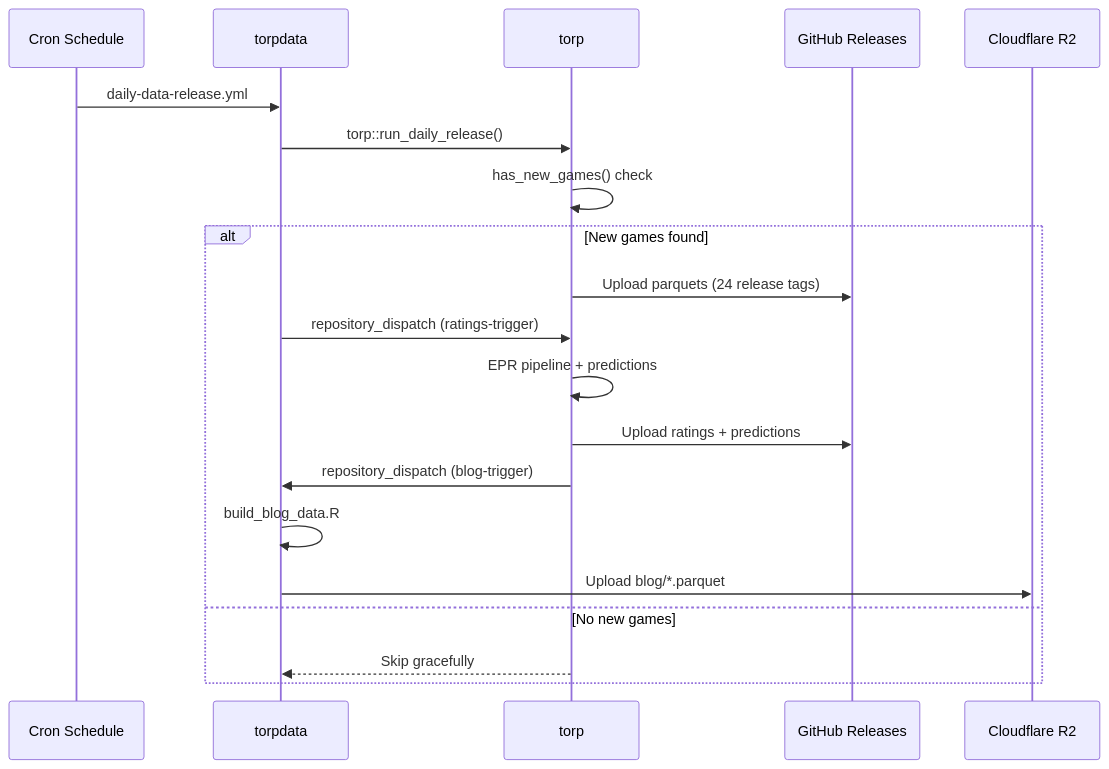
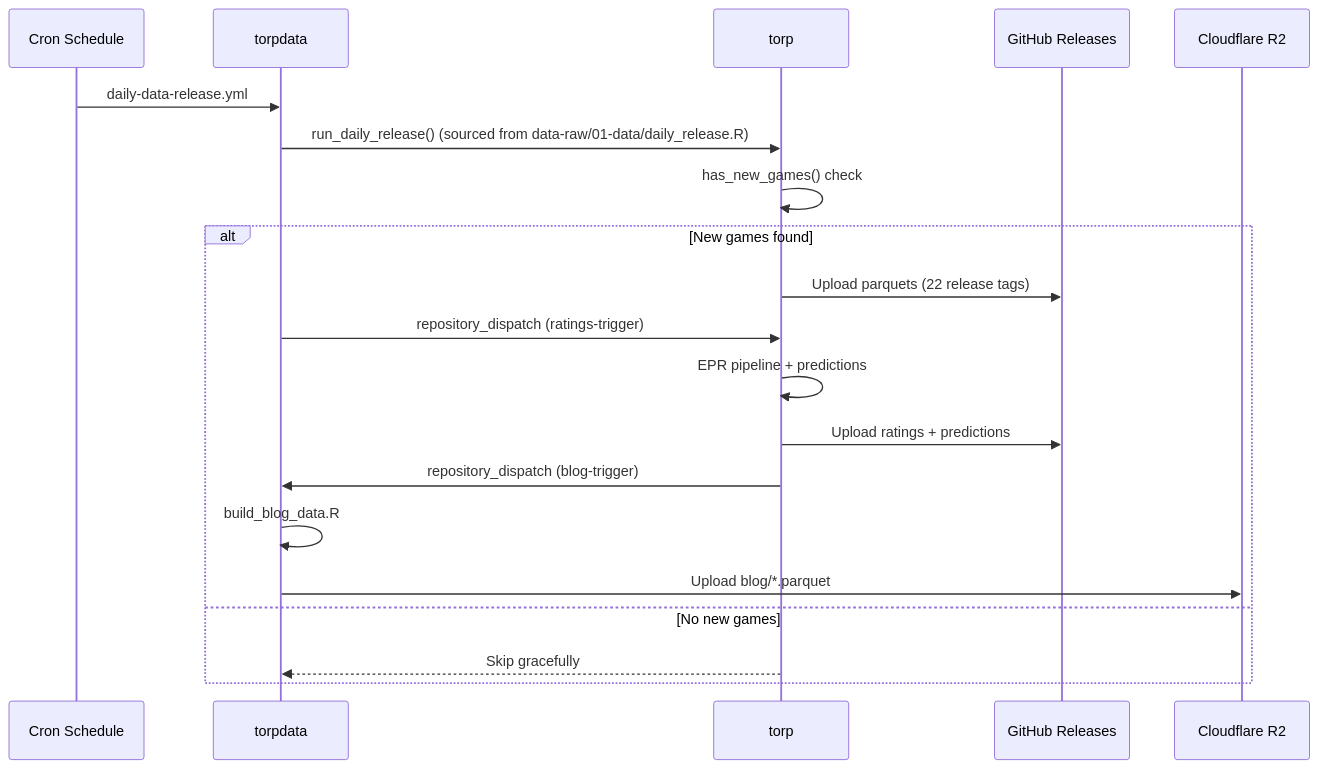
The second of 2 diagrams in ARCHITECTURE.md (peteowen1/torpdata), drawn with Mermaid before and after one commit. The commit also changed other lines of this file and 4 other files, not shown here.

````diff
--- a/ARCHITECTURE.md
+++ b/ARCHITECTURE.md
@@ -58,23 +58,23 @@
 ```mermaid
 sequenceDiagram
     participant CRON as Cron Schedule
     participant TD as torpdata
     participant TORP as torp
     participant GH as GitHub Releases
     participant R2 as Cloudflare R2
 
     CRON->>TD: daily-data-release.yml
-    TD->>TORP: torp::run_daily_release()
+    TD->>TORP: run_daily_release() (sourced from data-raw/01-data/daily_release.R)
     TORP->>TORP: has_new_games() check
     alt New games found
-        TORP->>GH: Upload parquets (24 release tags)
+        TORP->>GH: Upload parquets (22 release tags)
         TD->>TORP: repository_dispatch (ratings-trigger)
         TORP->>TORP: EPR pipeline + predictions
         TORP->>GH: Upload ratings + predictions
         TORP->>TD: repository_dispatch (blog-trigger)
         TD->>TD: build_blog_data.R
         TD->>R2: Upload blog/*.parquet
     else No new games
         TORP-->>TD: Skip gracefully
     end
 ```
````
